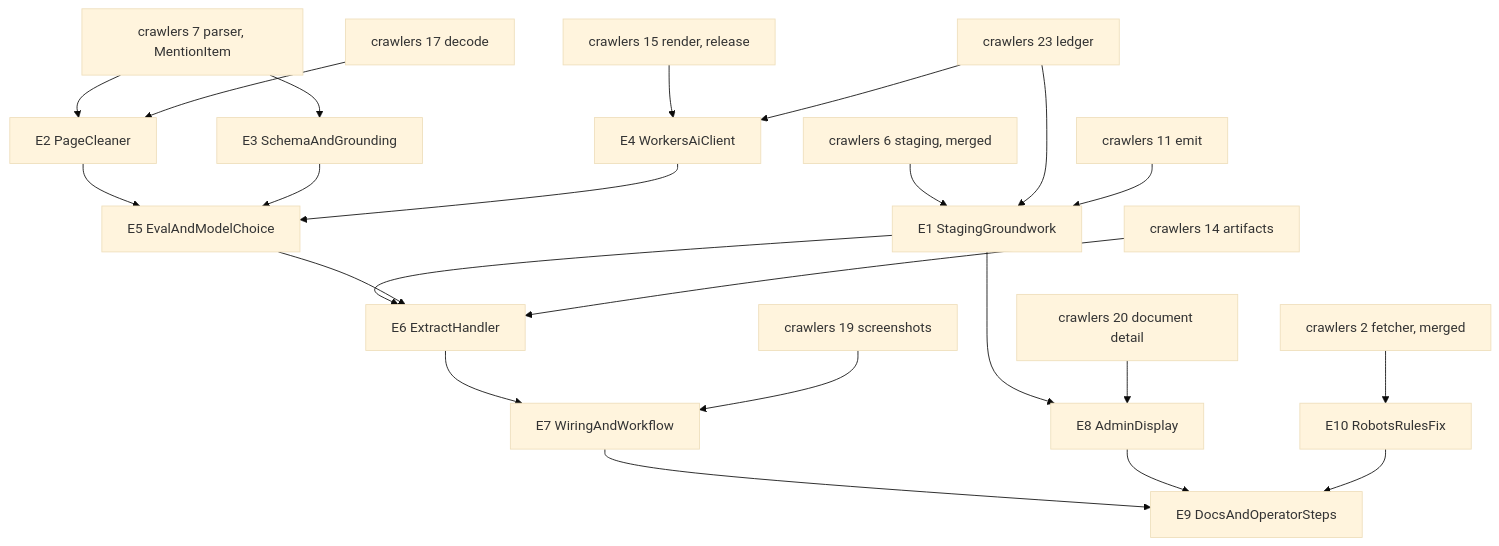
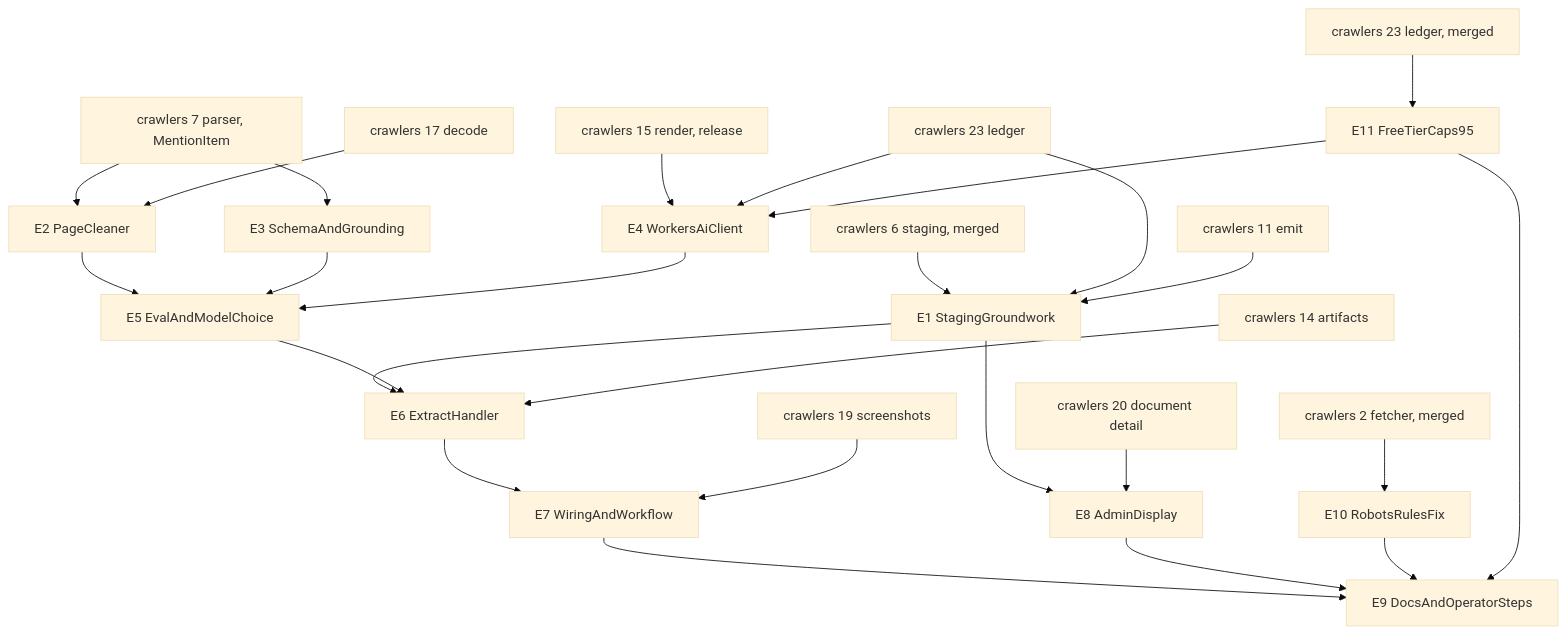
The diagram in .plans/extraction/01-rollout.md (vadim-schultz/redtape), drawn with Mermaid (base theme) before and after one commit. The commit also changed other lines of this file and 7 other files, not shown here.

First line of the commit message:
docs(extraction): add chapter E11, free-tier caps at 95 percent, and run it first

````diff
--- a/.plans/extraction/01-rollout.md
+++ b/.plans/extraction/01-rollout.md
@@ -32,25 +32,28 @@
 ```mermaid
 flowchart TD
   K6[crawlers 6 staging, merged] --> E1[E1 StagingGroundwork]
   K23[crawlers 23 ledger] --> E1
   K11[crawlers 11 emit] --> E1
   K7[crawlers 7 parser, MentionItem] --> E2[E2 PageCleaner]
   K17[crawlers 17 decode] --> E2
   K7 --> E3[E3 SchemaAndGrounding]
   K15[crawlers 15 render, release] --> E4[E4 WorkersAiClient]
   K23 --> E4
   E2 --> E5[E5 EvalAndModelChoice]
   E3 --> E5
   E4 --> E5
   E1 --> E6[E6 ExtractHandler]
   E5 --> E6
   K14[crawlers 14 artifacts] --> E6
   E6 --> E7[E7 WiringAndWorkflow]
   K19[crawlers 19 screenshots] --> E7
   E1 --> E8[E8 AdminDisplay]
   K20[crawlers 20 document detail] --> E8
   E7 --> E9[E9 DocsAndOperatorSteps]
   E8 --> E9
   K2[crawlers 2 fetcher, merged] --> E10[E10 RobotsRulesFix]
   E10 --> E9
+  K23b[crawlers 23 ledger, merged] --> E11[E11 FreeTierCaps95]
+  E11 --> E4
+  E11 --> E9
 ```
````
